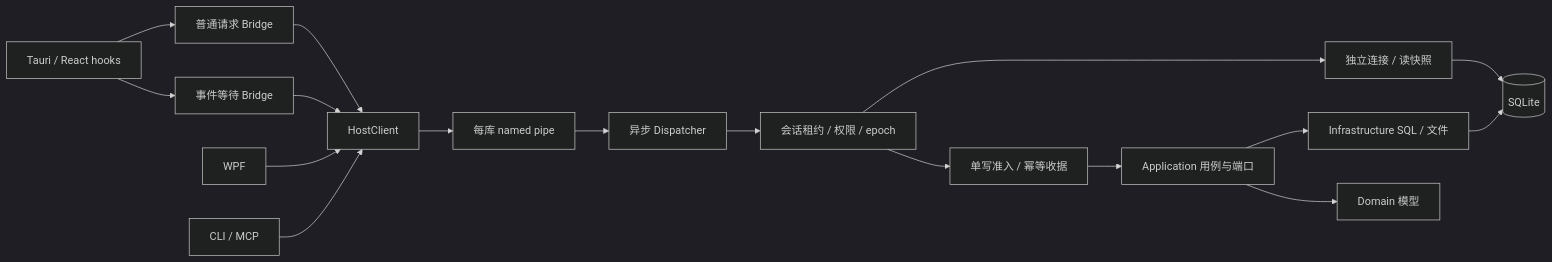
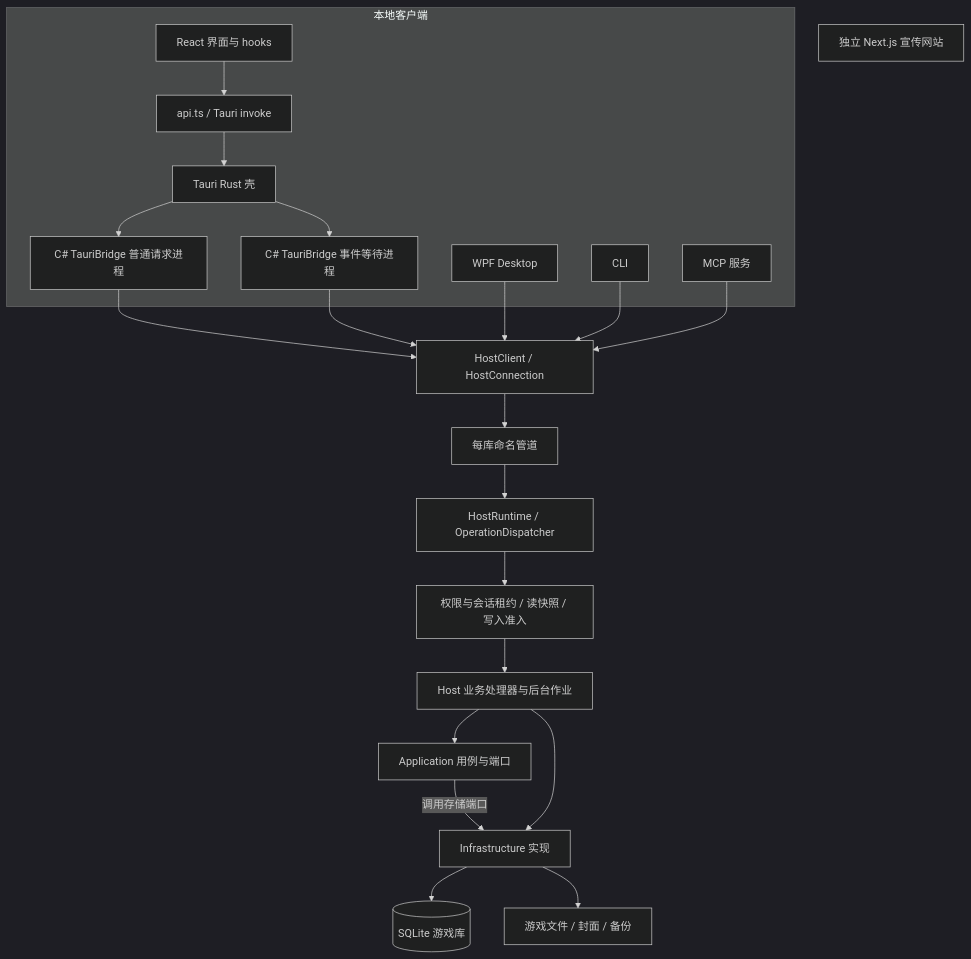
Before and after one commit to sumingwang233/GameLibrary: the first of 2 diagrams in docs/code-review-graph/architecture.md, drawn with Mermaid (dark theme). The commit also changed other lines of this file and 1 other file, not shown here.

Commit message:
docs(architecture): refresh v1.8.0 code-review-graph snapshot

````diff
--- a/docs/code-review-graph/architecture.md
+++ b/docs/code-review-graph/architecture.md
@@ -15,19 +19,27 @@
 ```mermaid
-flowchart LR
-    UI[Tauri / React hooks] --> Normal[普通请求 Bridge]
-    UI --> Events[事件等待 Bridge]
-    WPF[WPF] --> Client[HostClient]
-    CLI[CLI / MCP] --> Client
-    Normal --> Client
+flowchart TB
+    subgraph DesktopClients[本地客户端]
+        React[React 界面与 hooks] --> API[api.ts / Tauri invoke]
+        API --> Rust[Tauri Rust 壳]
+        Rust --> Requests[C# TauriBridge 普通请求进程]
+        Rust --> Events[C# TauriBridge 事件等待进程]
+        WPF[WPF Desktop]
+        CLI[CLI]
+        MCP[MCP 服务]
+    end
+    Requests --> Client[HostClient / HostConnection]
     Events --> Client
-    Client --> Pipe[每库 named pipe]
-    Pipe --> Dispatch[异步 Dispatcher]
-    Dispatch --> Gate[会话租约 / 权限 / epoch]
-    Gate --> Read[独立连接 / 读快照]
-    Gate --> Write[单写准入 / 幂等收据]
-    Write --> App[Application 用例与端口]
-    App --> Infra[Infrastructure SQL / 文件]
-    App --> Domain[Domain 模型]
-    Infra --> DB[(SQLite)]
-    Read --> DB
+    WPF --> Client
+    CLI --> Client
+    MCP --> Client
+    Client --> Pipe[每库命名管道]
+    Pipe --> Host[HostRuntime / OperationDispatcher]
+    Host --> Gate[权限与会话租约 / 读快照 / 写入准入]
+    Gate --> Services[Host 业务处理器与后台作业]
+    Services --> App[Application 用例与端口]
+    App -->|调用存储端口| Infra[Infrastructure 实现]
+    Services --> Infra
+    Infra --> SQLite[(SQLite 游戏库)]
+    Infra --> Files[游戏文件 / 封面 / 备份]
+    Website[独立 Next.js 宣传网站]
 ```
````
